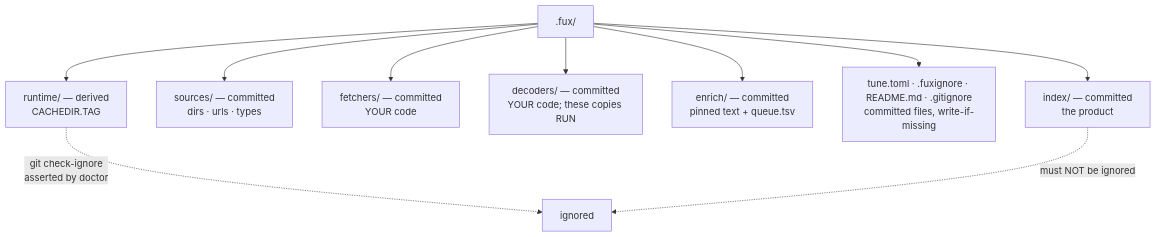
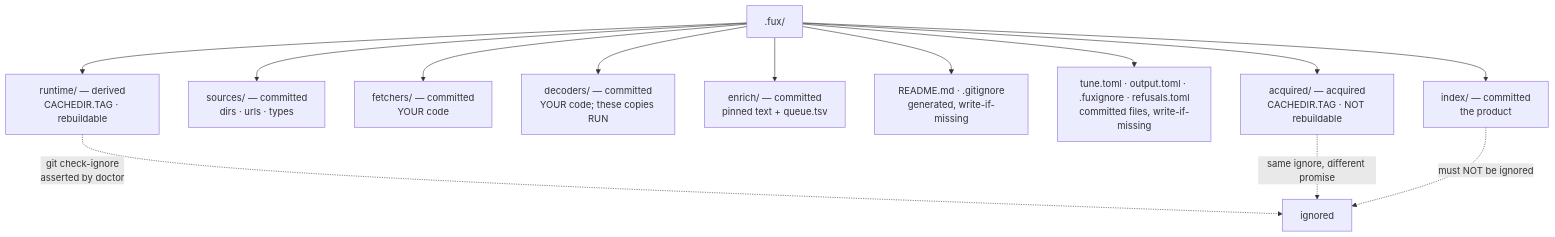
Before and after one commit to arpitarya/fux: the diagram in docs/adr/0003_fux-directory.md, drawn with Mermaid. The commit also changed other lines of this file and 84 other files, not shown here.

````diff
--- a/docs/adr/0003_fux-directory.md
+++ b/docs/adr/0003_fux-directory.md
@@ -35,13 +40,16 @@
 ```mermaid
 flowchart TD
     F[".fux/"]
     F --> C1["index/ — committed<br/>the product"]
     F --> C2["sources/ — committed<br/>dirs · urls · types"]
     F --> C3["fetchers/ — committed<br/>YOUR code"]
     F --> C4["decoders/ — committed<br/>YOUR code; these copies RUN"]
     F --> C5["enrich/ — committed<br/>pinned text + queue.tsv"]
-    F --> C6["tune.toml · .fuxignore · README.md · .gitignore<br/>committed files, write-if-missing"]
-    F --> D1["runtime/ — derived<br/>CACHEDIR.TAG"]
+    F --> C6["README.md · .gitignore<br/>generated, write-if-missing"]
+    F --> C7["tune.toml · output.toml · .fuxignore · refusals.toml<br/>committed files, write-if-missing"]
+    F --> D1["runtime/ — derived<br/>CACHEDIR.TAG · rebuildable"]
+    F --> A1["acquired/ — acquired<br/>CACHEDIR.TAG · NOT rebuildable"]
     D1 -.->|"git check-ignore<br/>asserted by doctor"| G["ignored"]
+    A1 -.->|"same ignore, different promise"| G
     C1 -.->|"must NOT be ignored"| G
 ```
````
